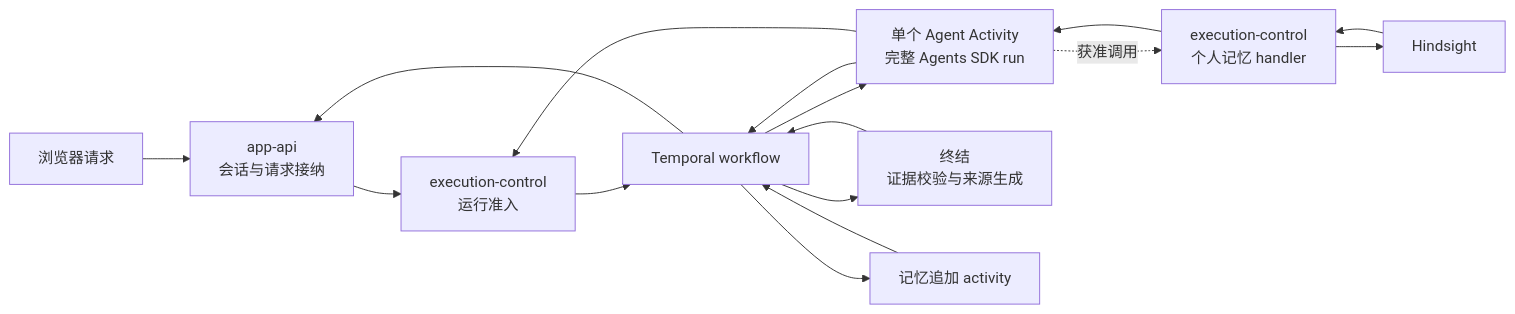
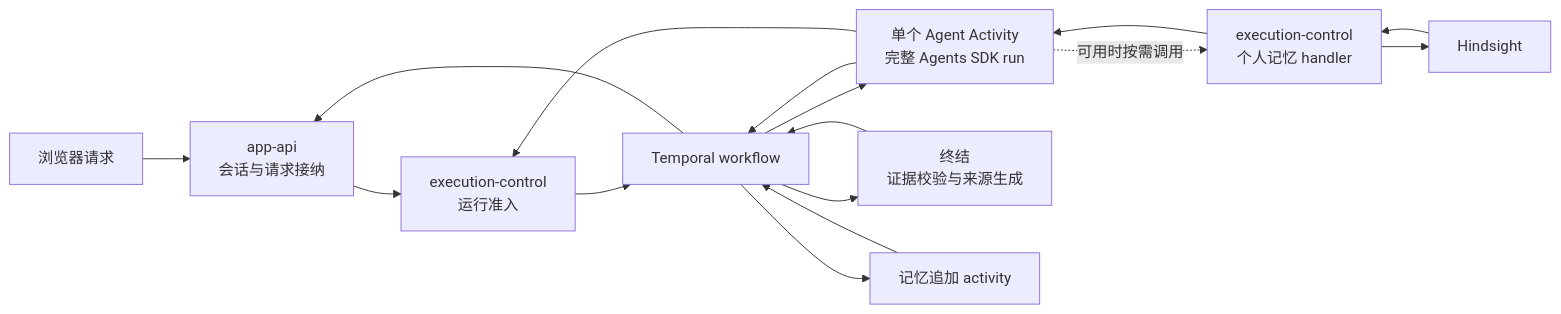
The second of 6 diagrams in docs/architecture/flows.md (Luxfeier22331/campus-agent-main), drawn with Mermaid before and after one commit. The commit also changed 90 other files, not shown here.

````diff
--- a/docs/architecture/flows.md
+++ b/docs/architecture/flows.md
@@ -47,20 +47,20 @@
 ```mermaid
 flowchart LR
   Browser["浏览器请求"]
   AppAPI["app-api\n会话与请求接纳"]
   Exec["execution-control\n运行准入"]
   Temporal["Temporal workflow"]
   Agent["单个 Agent Activity\n完整 Agents SDK run"]
   Memory["execution-control\n个人记忆 handler"]
   Hindsight["Hindsight"]
   Final["终结\n证据校验与来源生成"]
   Append["记忆追加 activity"]
 
   Browser --> AppAPI --> Exec --> Temporal
   Temporal --> Agent --> Temporal
-  Agent -. 获准调用 .-> Memory --> Hindsight --> Memory --> Agent
+  Agent -. 可用时按需调用 .-> Memory --> Hindsight --> Memory --> Agent
   Agent --> Exec
   Temporal --> Final --> Temporal
   Temporal --> Append --> Temporal
   Temporal --> AppAPI
 ```
````
